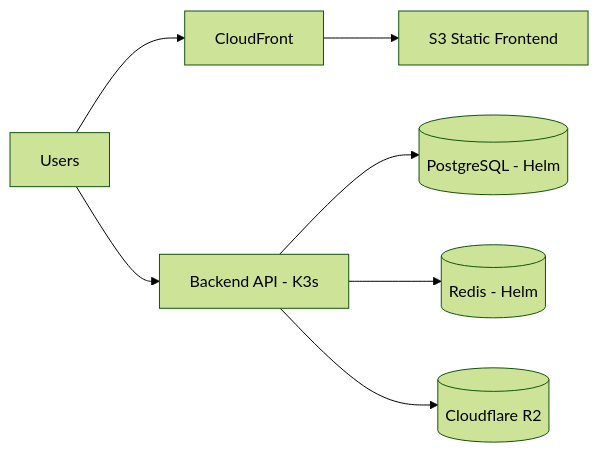
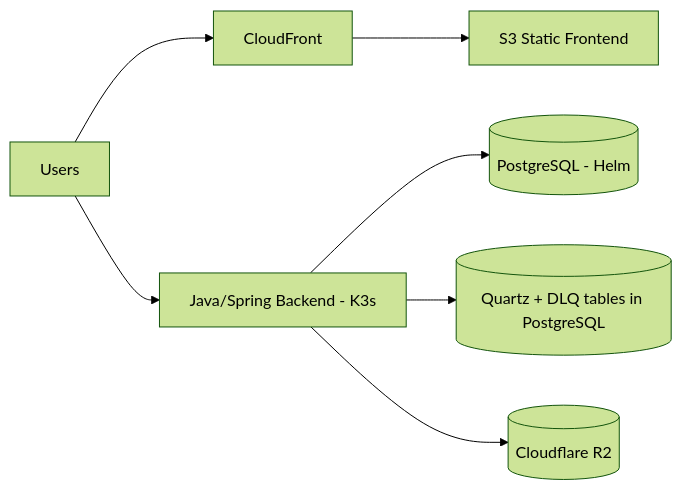
The diagram in .docs/architecture/001-technology-architecture.md (csim-sg/yacc), drawn with Mermaid (forest theme) before and after one commit. The commit also changed other lines of this file and 14 other files, not shown here.

First line of the commit message:
docs(scope): documentation sweep to the Java/Spring backend truth (MIG-090, #365)

````diff
--- a/.docs/architecture/001-technology-architecture.md
+++ b/.docs/architecture/001-technology-architecture.md
@@ -44,9 +46,9 @@
 ```mermaid
 flowchart LR
   U[Users] --> CF[CloudFront]
   CF --> S3[S3 Static Frontend]
-  U --> API[Backend API - K3s]
+  U --> API[Java/Spring Backend - K3s]
   API --> PG[(PostgreSQL - Helm)]
-  API --> R[(Redis - Helm)]
+  API --> Q[(Quartz + DLQ tables in PostgreSQL)]
   API --> R2[(Cloudflare R2)]
 ```
````
